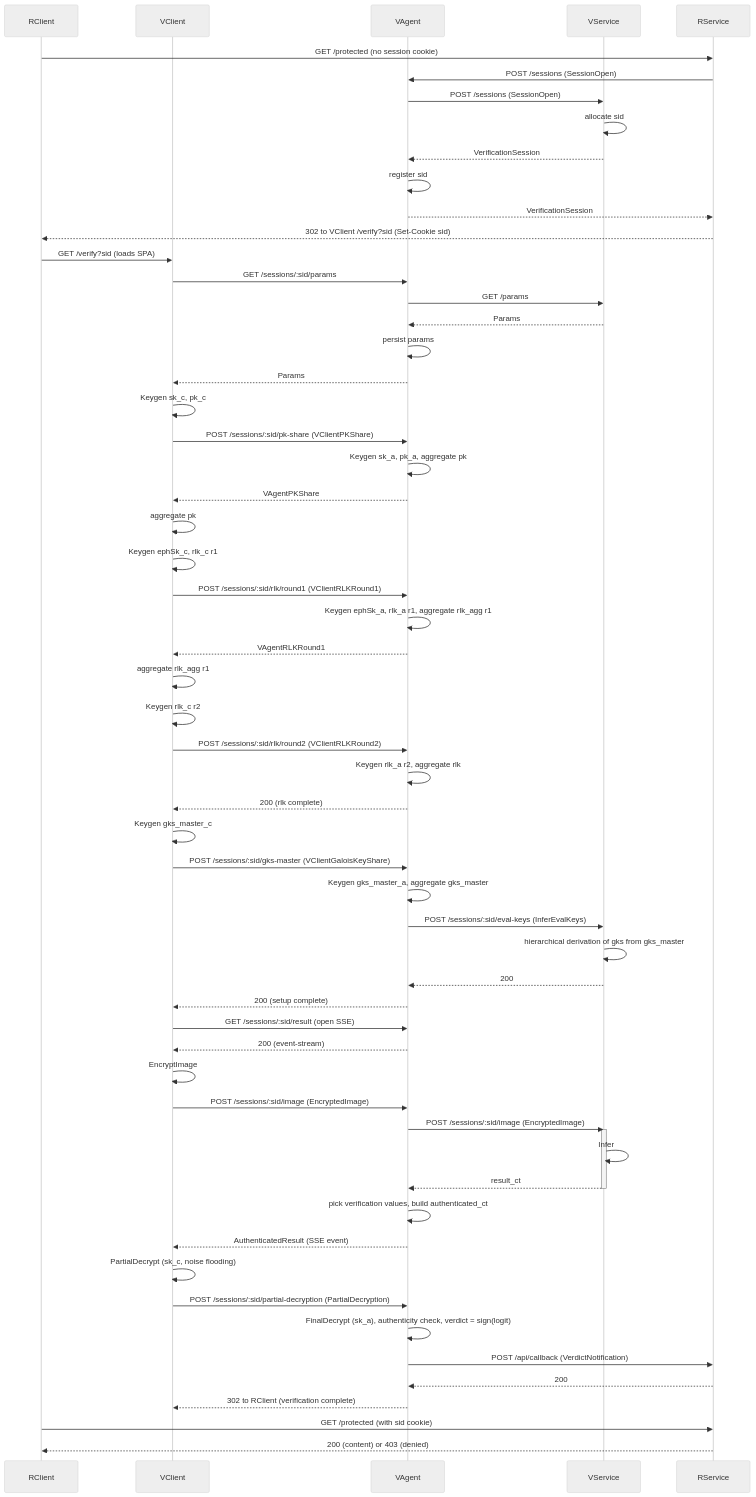
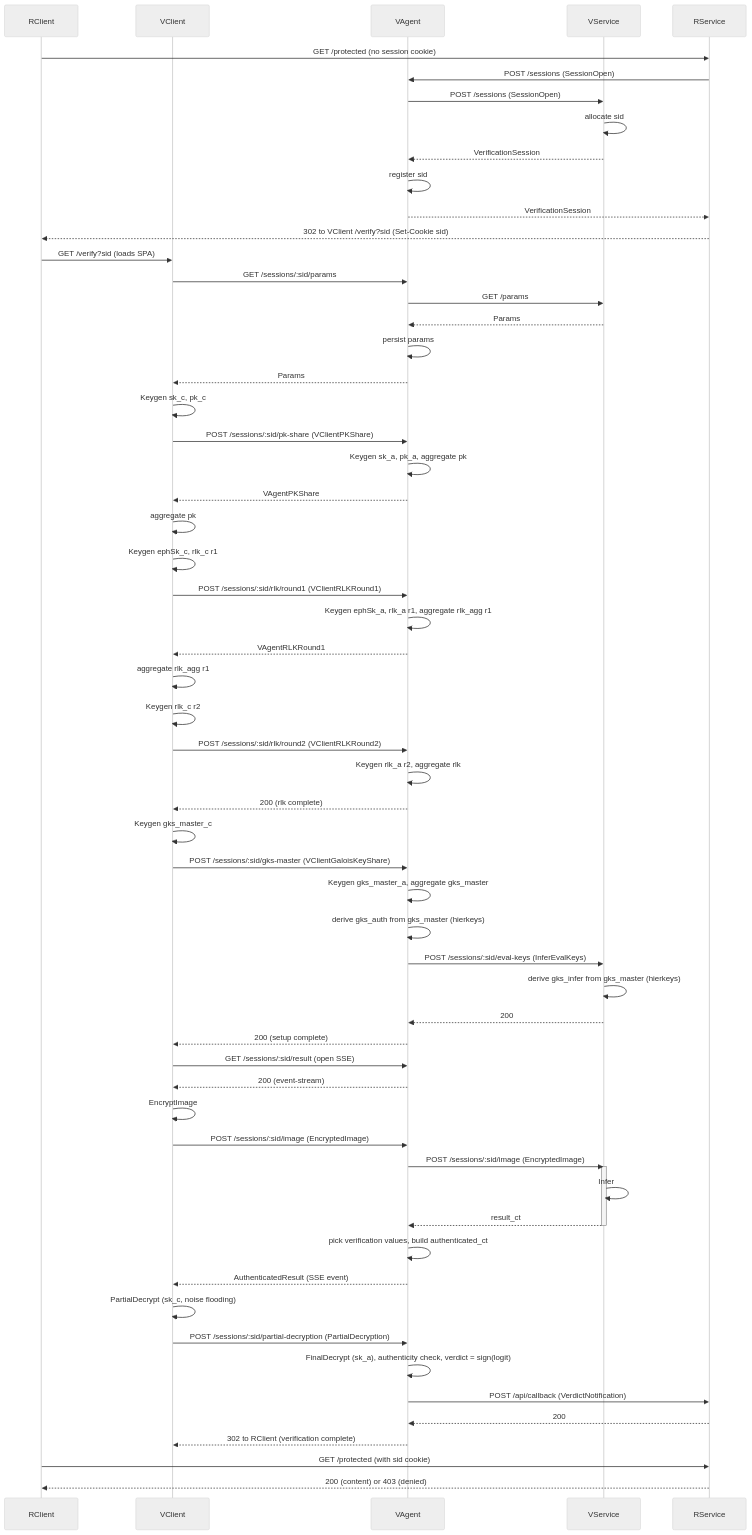
One commit to butvinm/ppiav changed the second of 2 diagrams in docs/DESIGN.md. Above: the diagram before and after it, drawn with Mermaid (neutral theme). The commit also changed other lines of this file, not shown here.

```diff
--- a/docs/DESIGN.md
+++ b/docs/DESIGN.md
@@ -119,8 +121,9 @@
     VC->>VC: Keygen gks_master_c
     VC->>VA: POST /sessions/:sid/gks-master (VClientGaloisKeyShare)
     VA->>VA: Keygen gks_master_a, aggregate gks_master
+    VA->>VA: derive gks_auth from gks_master (hierkeys)
     VA->>VS: POST /sessions/:sid/eval-keys (InferEvalKeys)
-    VS->>VS: hierarchical derivation of gks from gks_master
+    VS->>VS: derive gks_infer from gks_master (hierkeys)
     VS-->>VA: 200
     VA-->>VC: 200 (setup complete)
 
```
